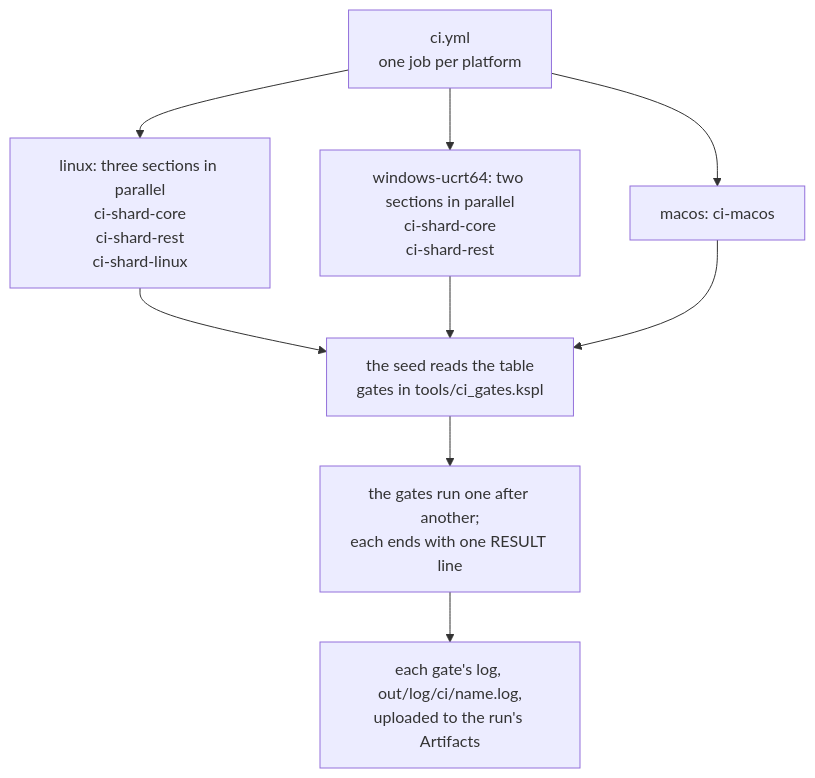
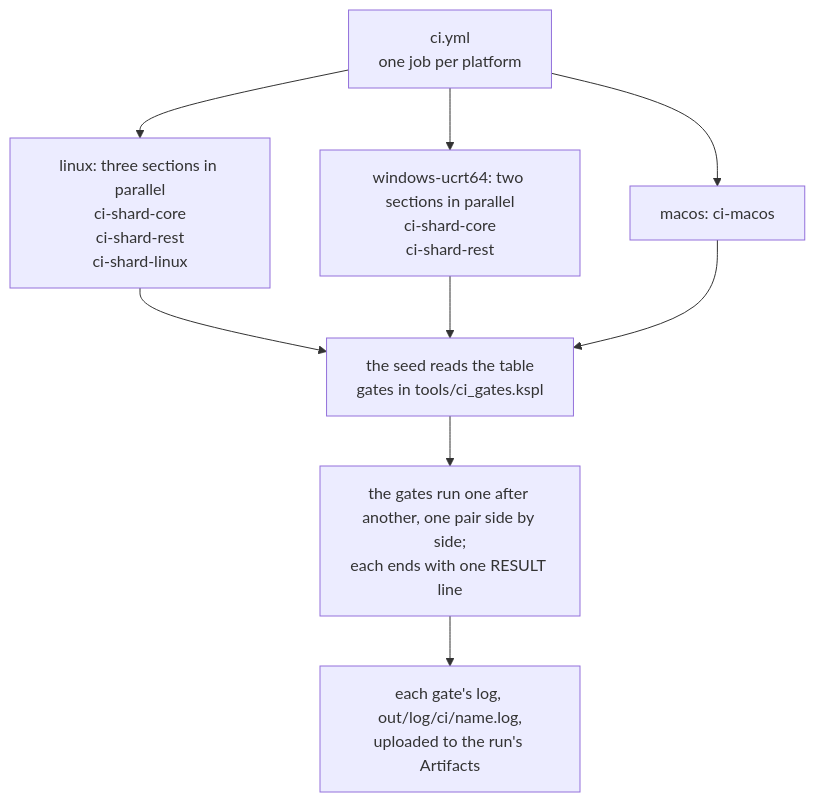
Before and after one commit to kansosystem-org/kspl-experimental: the diagram in docs/SPEC-gates.md, drawn with Mermaid. The commit also changed other lines of this file and 77 other files, not shown here.

````diff
--- a/docs/SPEC-gates.md
+++ b/docs/SPEC-gates.md
@@ -98,11 +129,11 @@
 ```mermaid
 flowchart TD
     W["ci.yml<br/>one job per platform"] --> LX["linux: three sections in parallel<br/>ci-shard-core<br/>ci-shard-rest<br/>ci-shard-linux"]
     W --> WN["windows-ucrt64: two sections in parallel<br/>ci-shard-core<br/>ci-shard-rest"]
     W --> MC["macos: ci-macos"]
     LX --> T["the seed reads the table<br/>gates in tools/ci_gates.kspl"]
     WN --> T
     MC --> T
-    T --> G["the gates run one after another;<br/>each ends with one RESULT line"]
+    T --> G["the gates run one after another, one pair side by side;<br/>each ends with one RESULT line"]
     G --> O["each gate's log, out/log/ci/name.log,<br/>uploaded to the run's Artifacts"]
 ```
````
